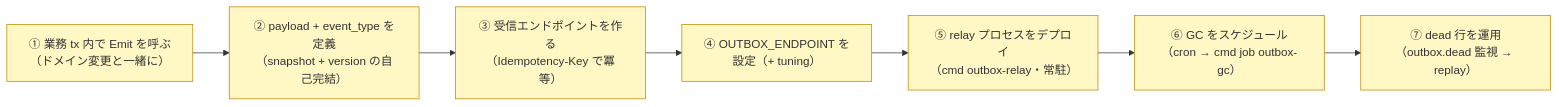
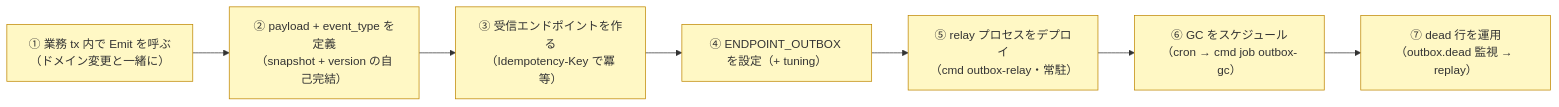
One commit to Tomy-ch/go-boilerplate changed the fifth of 5 diagrams in docs/design/outbox.ja.md. Above: the diagram before and after it, drawn with Mermaid. The commit also changed other lines of this file and 73 other files, not shown here.

````diff
--- a/docs/design/outbox.ja.md
+++ b/docs/design/outbox.ja.md
@@ -225,12 +225,12 @@
 ```mermaid
 flowchart LR
     EM["① 業務 tx 内で Emit を呼ぶ<br/>（ドメイン変更と一緒に）"]:::need
     PL["② payload + event_type を定義<br/>（snapshot + version の自己完結）"]:::need
     RC["③ 受信エンドポイントを作る<br/>（Idempotency-Key で冪等）"]:::need
-    CF["④ OUTBOX_ENDPOINT を設定（+ tuning）"]:::need
+    CF["④ ENDPOINT_OUTBOX を設定（+ tuning）"]:::need
     DP["⑤ relay プロセスをデプロイ<br/>（cmd outbox-relay・常駐）"]:::need
     GC["⑥ GC をスケジュール<br/>（cron → cmd job outbox-gc）"]:::need
     OP["⑦ dead 行を運用<br/>（outbox.dead 監視 → replay）"]:::need
     EM --> PL --> RC --> CF --> DP --> GC --> OP
     classDef need fill:#fff8c5,stroke:#bf8700;
 ```
````
